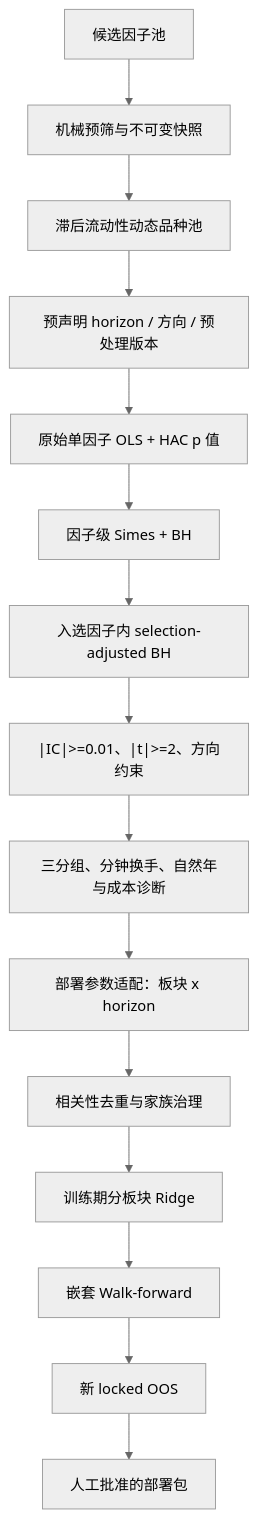
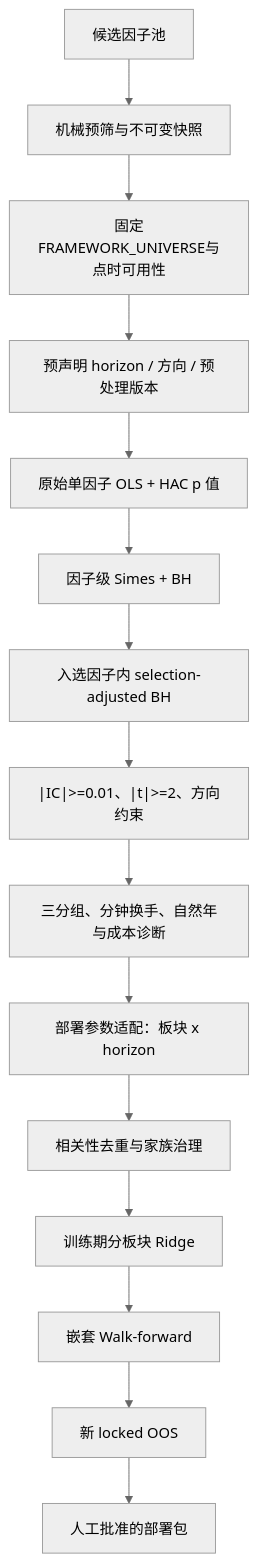
Before and after one commit to mingjie914/multi-factor-futures: the diagram in docs/因子检验与准入流程.md, drawn with Mermaid (neutral theme). The commit also changed other lines of this file and 51 other files, not shown here.

````diff
--- a/docs/因子检验与准入流程.md
+++ b/docs/因子检验与准入流程.md
@@ -10,17 +10,17 @@
 ```mermaid
 flowchart TD
     A["候选因子池"] --> B["机械预筛与不可变快照"]
-    B --> C["滞后流动性动态品种池"]
+    B --> C["固定FRAMEWORK_UNIVERSE与点时可用性"]
     C --> D["预声明 horizon / 方向 / 预处理版本"]
     D --> E["原始单因子 OLS + HAC p 值"]
     E --> F["因子级 Simes + BH"]
     F --> G["入选因子内 selection-adjusted BH"]
     G --> H["|IC|>=0.01、|t|>=2、方向约束"]
     H --> I["三分组、分钟换手、自然年与成本诊断"]
     I --> J["部署参数适配：板块 x horizon"]
     J --> K["相关性去重与家族治理"]
     K --> L["训练期分板块 Ridge"]
     L --> M["嵌套 Walk-forward"]
     M --> N["新 locked OOS"]
     N --> O["人工批准的部署包"]
 ```
````
